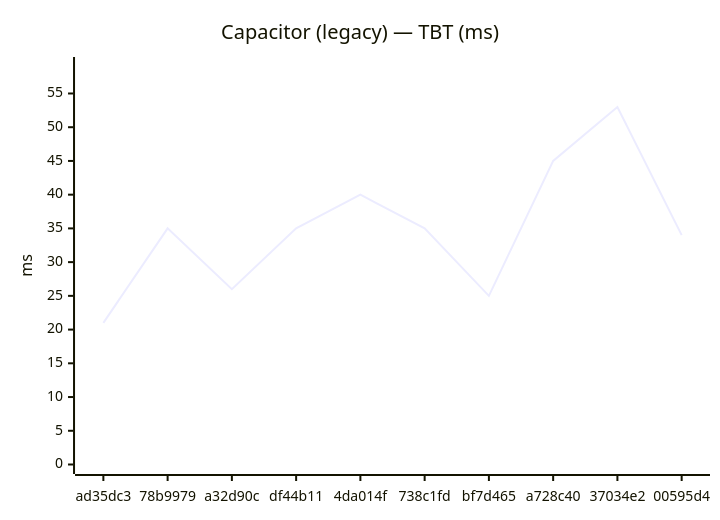
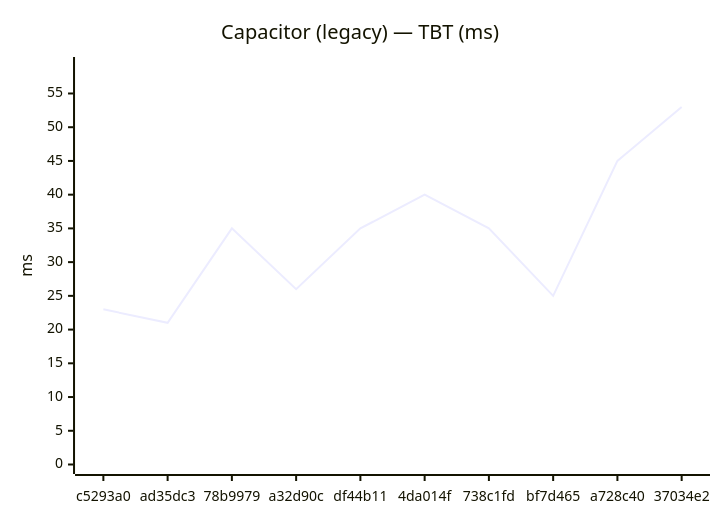
The sixth of 24 diagrams in benchmarks/compare.md (Metaheurist/Rianell), drawn with Mermaid before and after one commit. The commit also changed other lines of this file and 14 other files, not shown here.

````diff
--- a/benchmarks/compare.md
+++ b/benchmarks/compare.md
@@ -91,7 +91,7 @@
 ```mermaid
 xychart-beta
     title "Capacitor (legacy) — TBT (ms)"
-    x-axis ["ad35dc3", "78b9979", "a32d90c", "df44b11", "4da014f", "738c1fd", "bf7d465", "a728c40", "37034e2", "00595d4"]
+    x-axis ["c5293a0", "ad35dc3", "78b9979", "a32d90c", "df44b11", "4da014f", "738c1fd", "bf7d465", "a728c40", "37034e2"]
     y-axis "ms" 0 --> 59
-    line [21, 35, 26, 35, 40, 35, 25, 45, 53, 34]
+    line [23, 21, 35, 26, 35, 40, 35, 25, 45, 53]
 ```
````
